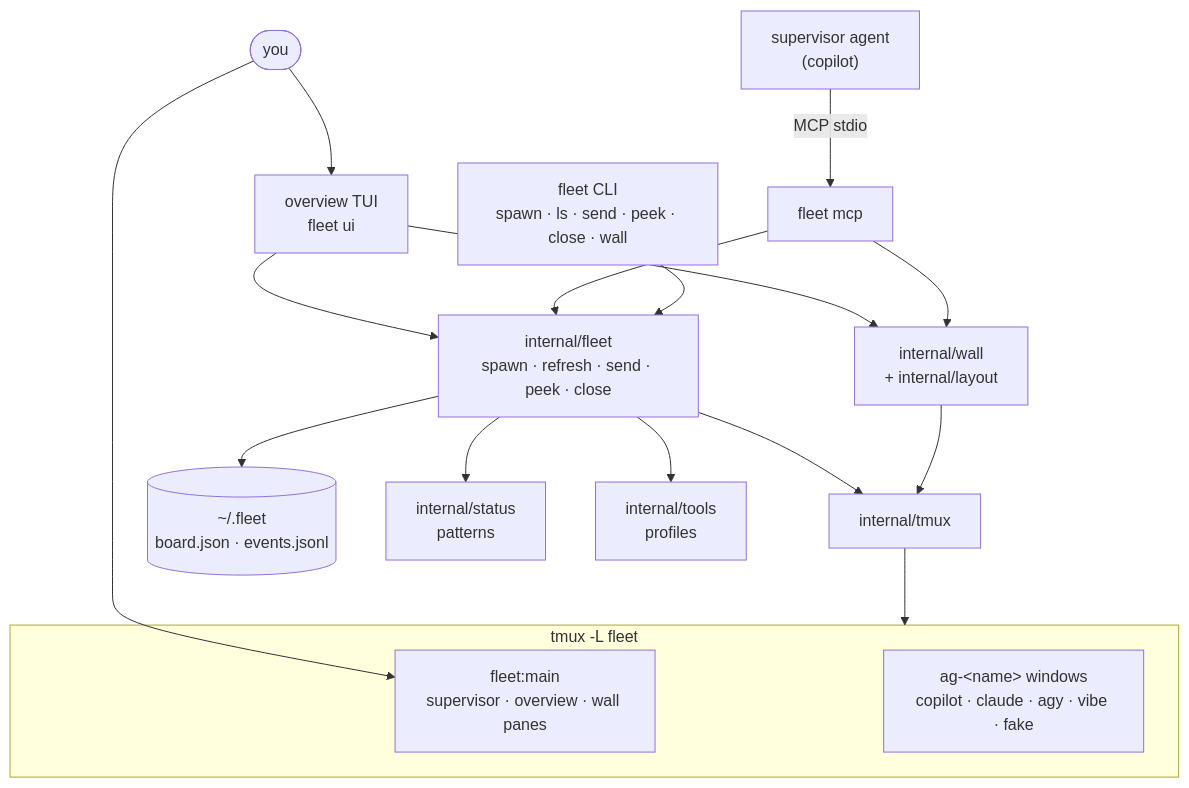
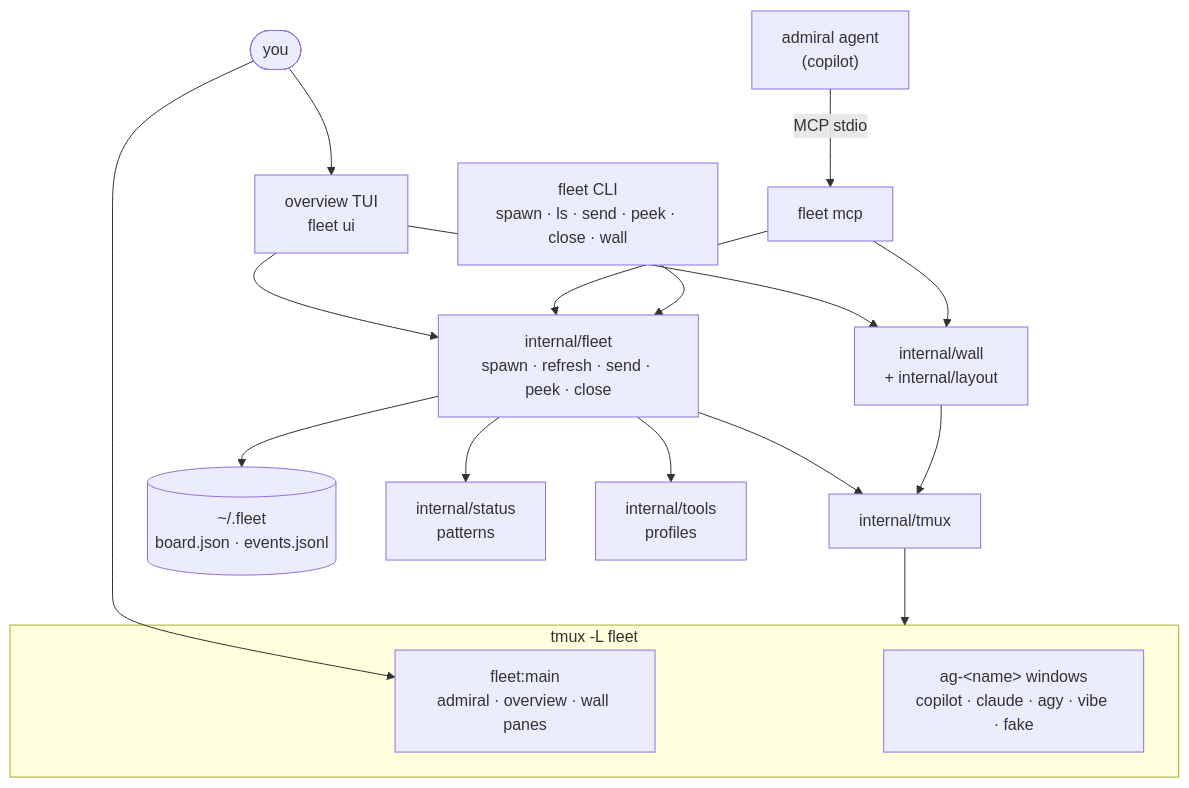
Before and after one commit to DevelApp-ai/fleet: the diagram in docs/architecture.md, drawn with Mermaid. The commit also changed other lines of this file and 168 other files, not shown here.

First line of the commit message:
Admiral, teams and agent mail

````diff
--- a/docs/architecture.md
+++ b/docs/architecture.md
@@ -16,22 +16,22 @@
 ```mermaid
 flowchart TB
   you([you]) --> tui["overview TUI<br/>fleet ui"]
   you --> panes
-  sup["supervisor agent<br/>(copilot)"] -- MCP stdio --> mcp["fleet mcp"]
+  sup["admiral agent<br/>(copilot)"] -- MCP stdio --> mcp["fleet mcp"]
   cli["fleet CLI<br/>spawn · ls · send · peek · close · wall"]
   tui --> core
   mcp --> core
   cli --> core
   core["internal/fleet<br/>spawn · refresh · send · peek · close"] --> tmuxpkg["internal/tmux"]
   core --> board[("~/.fleet<br/>board.json · events.jsonl")]
   core --> status["internal/status<br/>patterns"]
   core --> tools["internal/tools<br/>profiles"]
   wall["internal/wall<br/>+ internal/layout"] --> tmuxpkg
   tui --> wall
   mcp --> wall
   tmuxpkg --> server
   subgraph server["tmux -L fleet"]
-    panes["fleet:main<br/>supervisor · overview · wall panes"]
+    panes["fleet:main<br/>admiral · overview · wall panes"]
     hidden["ag-&lt;name&gt; windows<br/>copilot · claude · agy · vibe · fake"]
   end
 ```
````
